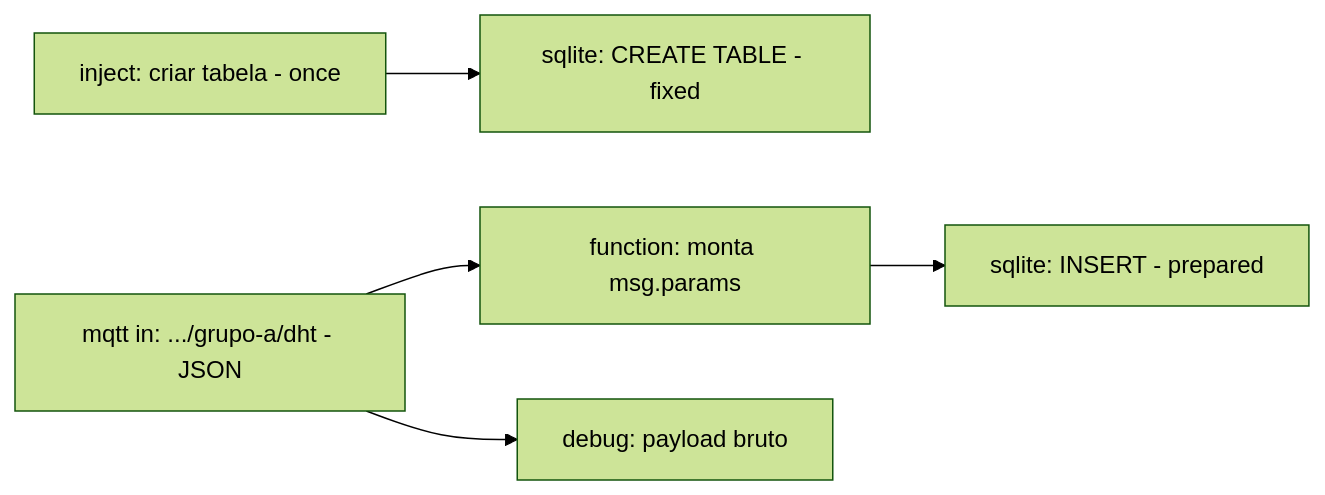
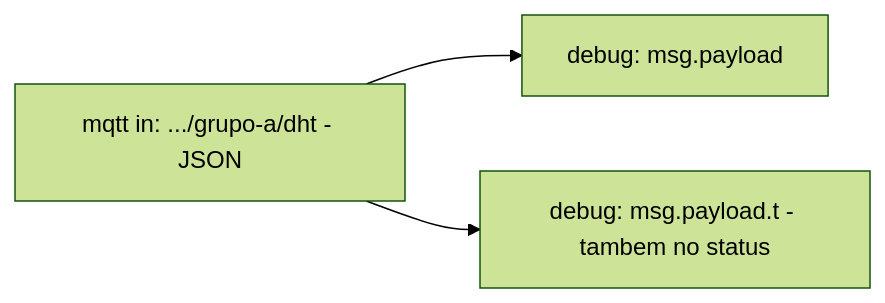
Before and after one commit to ruseleredu/iiot-docs: the third of 4 diagrams in labs-docs/LAB05.mdx, drawn with Mermaid (forest theme). The commit also changed other lines of this file, not shown here.

````diff
--- a/labs-docs/LAB05.mdx
+++ b/labs-docs/LAB05.mdx
@@ -659,7 +558,5 @@
 ```mermaid
 flowchart LR
-  I1[inject: criar tabela - once] --> S1[sqlite: CREATE TABLE - fixed]
-  M[mqtt in: .../grupo-a/dht - JSON] --> F[function: monta msg.params]
-  M --> D0[debug: payload bruto]
-  F --> S2[sqlite: INSERT - prepared]
+  M[mqtt in: .../grupo-a/dht - JSON] --> D1[debug: msg.payload]
+  M --> D2[debug: msg.payload.t - tambem no status]
 ```
````
